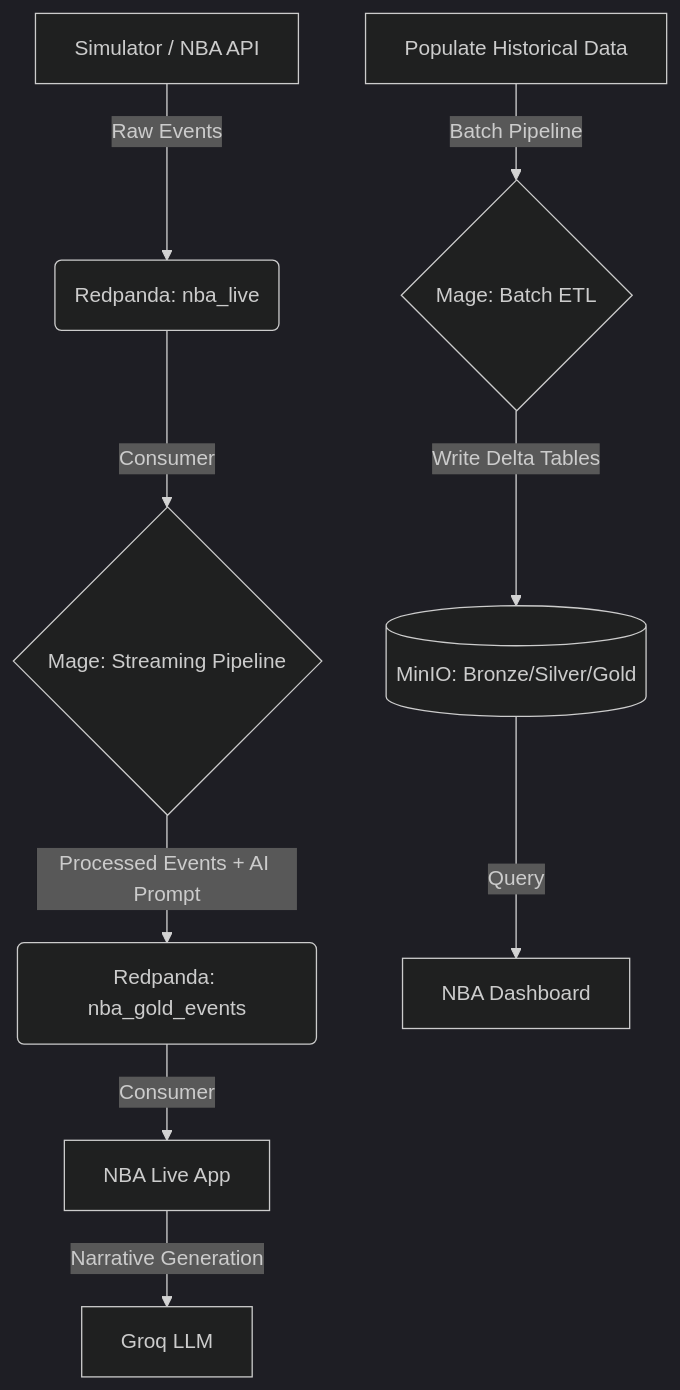
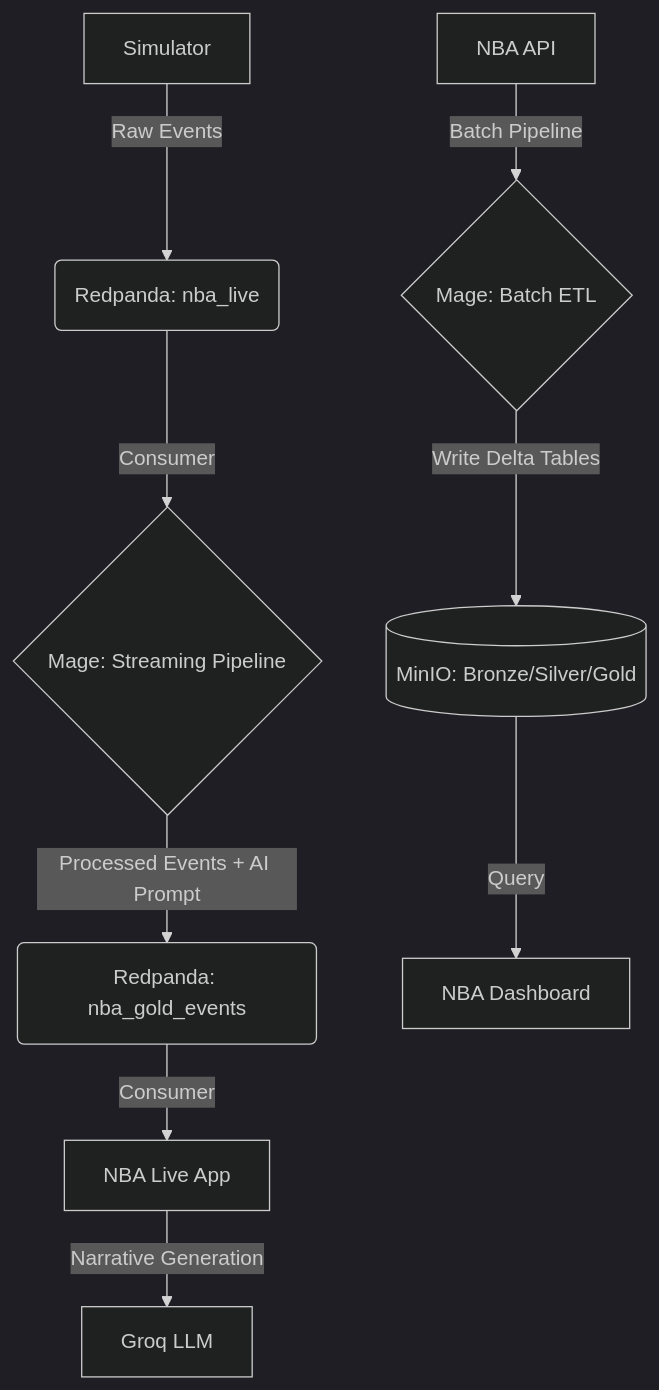
Before and after one commit to orr21/PlaySynapse: the diagram in README.md, drawn with Mermaid (dark theme). The commit also changed other lines of this file, not shown here.

````diff
--- a/README.md
+++ b/README.md
@@ -36,12 +36,12 @@
 ```mermaid
 graph TD
-    A[Simulator / NBA API] -->|Raw Events| B(Redpanda: nba_live)
+    A[Simulator] -->|Raw Events| B(Redpanda: nba_live)
     B -->|Consumer| C{Mage: Streaming Pipeline}
     C -->|Processed Events + AI Prompt| D(Redpanda: nba_gold_events)
     D -->|Consumer| E[NBA Live App]
     E -->|Narrative Generation| F[Groq LLM]
 
-    G[Populate Historical Data] -->|Batch Pipeline| H{Mage: Batch ETL}
+    G[NBA API] -->|Batch Pipeline| H{Mage: Batch ETL}
     H -->|Write Delta Tables| I[(MinIO: Bronze/Silver/Gold)]
     I -->|Query| J[NBA Dashboard]
 ```
````
